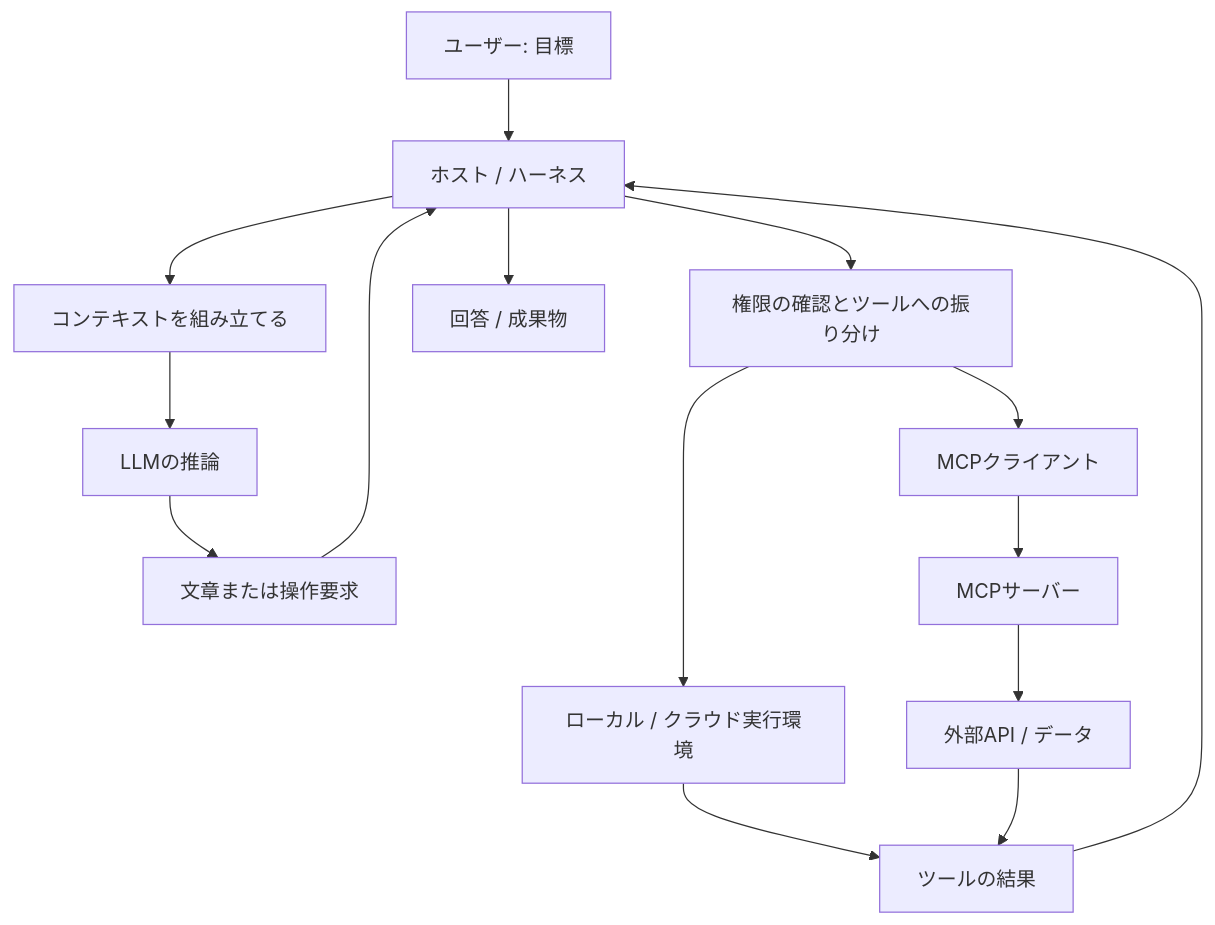
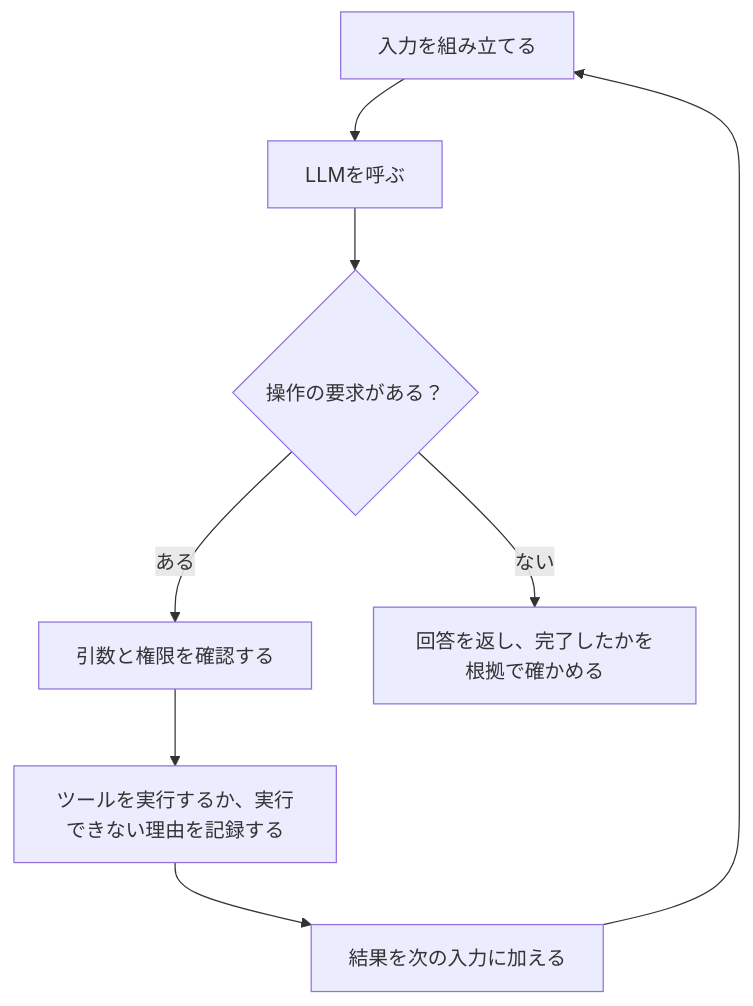
Before and after one commit to rtnk16/dev-lab: the second of 4 diagrams in learning/ai/agent_architecture_jp.md, drawn with Mermaid. The commit also changed other lines of this file and 12 other files, not shown here.

Commit message:
Make AI agent guide visual with bilingual diagrams and simpler explanations

````diff
--- a/learning/ai/agent_architecture_jp.md
+++ b/learning/ai/agent_architecture_jp.md
@@ -27,17 +51,10 @@
 ```mermaid
 flowchart TD
-    U["ユーザー: 目標"] --> H["ホスト / ハーネス"]
-    H --> C["コンテキストを組み立てる"]
-    C --> L["LLMの推論"]
-    L --> D["文章または操作要求"]
-    D --> H
-    H --> T["権限の確認とツールへの振り分け"]
-    T --> E["ローカル / クラウド実行環境"]
-    T --> MC["MCPクライアント"]
-    MC --> MS["MCPサーバー"]
-    MS --> X["外部API / データ"]
-    E --> R["ツールの結果"]
-    X --> R
-    R --> H
-    H --> A["回答 / 成果物"]
+    C["入力を組み立てる"] --> L["LLMを呼ぶ"]
+    L --> Q{"操作の要求がある？"}
+    Q -->|ある| P["引数と権限を確認する"]
+    P --> T["ツールを実行するか、実行できない理由を記録する"]
+    T --> R["結果を次の入力に加える"]
+    R --> C
+    Q -->|ない| A["回答を返し、完了したかを根拠で確かめる"]
 ```
````
